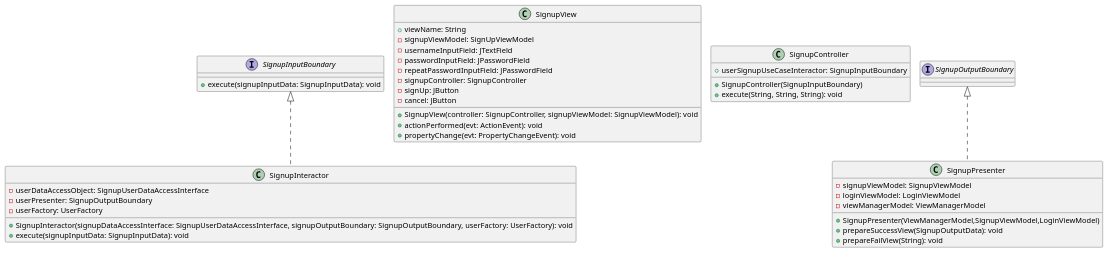
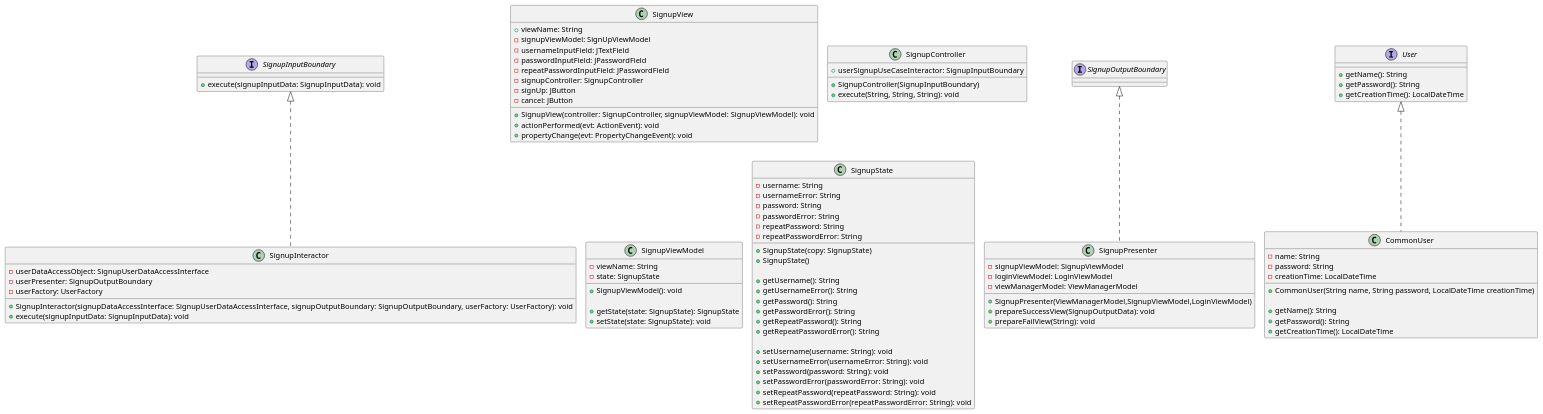
One commit to elescogna/tmarket changed the diagram in uml/signUpUseCase.puml. Above: the diagram before and after it, drawn with PlantUML.

Commit message:
feat(view-model-and-entity): added view model and entity to UML diagram

```diff
--- a/uml/signUpUseCase.puml
+++ b/uml/signUpUseCase.puml
@@ -1,45 +1,102 @@
 @startuml
 !pragma layout smetana
 
 interface SignupInputBoundary {
     +execute(signupInputData: SignupInputData): void
 }
 class SignupInteractor implements SignupInputBoundary {
     -userDataAccessObject: SignupUserDataAccessInterface
     -userPresenter: SignupOutputBoundary
     -userFactory: UserFactory
     +SignupInteractor(signupDataAccessInterface: SignupUserDataAccessInterface, signupOutputBoundary: SignupOutputBoundary, userFactory: UserFactory): void
     +execute(signupInputData: SignupInputData): void
 }
 class SignupView {
     +viewName: String
     -signupViewModel: SignUpViewModel
     -usernameInputField: JTextField
     -passwordInputField: JPasswordField
     -repeatPasswordInputField: JPasswordField
     -signupController: SignupController
     -signUp: JButton
     -cancel: JButton
 
     +SignupView(controller: SignupController, signupViewModel: SignupViewModel): void
     +actionPerformed(evt: ActionEvent): void
     +propertyChange(evt: PropertyChangeEvent): void
 }
 
 class SignupController {
     +userSignupUseCaseInteractor: SignupInputBoundary
 
     +SignupController(SignupInputBoundary)
     +execute(String, String, String): void
 }
 
 class SignupPresenter implements SignupOutputBoundary {
     -signupViewModel: SignupViewModel
     -loginViewModel: LoginViewModel
     -viewManagerModel: ViewManagerModel
 
     +SignupPresenter(ViewManagerModel,SignupViewModel,LoginViewModel)
     +prepareSuccessView(SignupOutputData): void
     +prepareFailView(String): void
 }
+
+class SignupViewModel {
+    -viewName: String
+    -state: SignupState
+'    -support: PropertyChangeSupport
+
+    +SignupViewModel(): void
+
+    +getState(state: SignupState): SignupState
+    +setState(state: SignupState): void
+'    +firePropertyChanged(): void
+'    +addPropertyListener(listener: PropertyChangeListener): void
+}
+
+class SignupState {
+    -username: String
+    -usernameError: String
+    -password: String
+    -passwordError: String
+    -repeatPassword: String
+    -repeatPasswordError: String
+
+    +SignupState(copy: SignupState)
+    +SignupState()
+
+    +getUsername(): String
+    +getUsernameError(): String
+    +getPassword(): String
+    +getPasswordError(): String
+    +getRepeatPassword(): String
+    +getRepeatPasswordError(): String
+
+    +setUsername(username: String): void
+    +setUsernameError(usernameError: String): void
+    +setPassword(password: String): void
+    +setPasswordError(passwordError: String): void
+    +setRepeatPassword(repeatPassword: String): void
+    +setRepeatPasswordError(repeatPasswordError: String): void
+}
+
+interface User {
++ getName(): String
++ getPassword(): String
++ getCreationTime(): LocalDateTime
+}
+
+class CommonUser implements User {
+- name: String
+- password: String
+- creationTime: LocalDateTime
+
++CommonUser(String name, String password, LocalDateTime creationTime)
+
++getName(): String
++getPassword(): String
++getCreationTime(): LocalDateTime
+}
 @enduml
```
